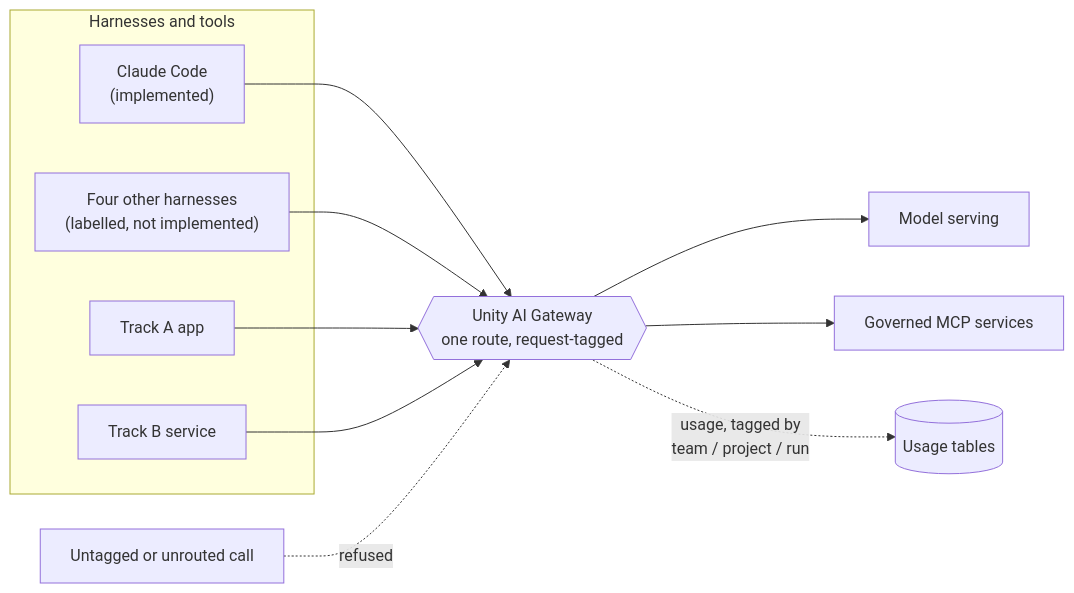
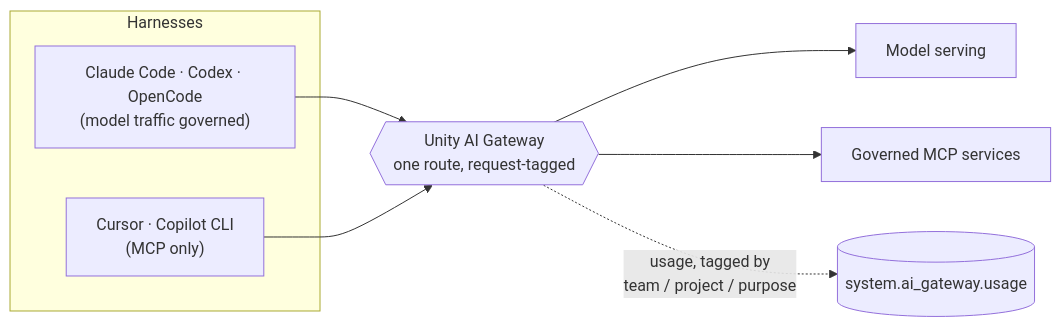
One commit to althrussell/databricks-agentic-engineering-rails changed the diagram in README.md. Above: the diagram before and after it, drawn with Mermaid. The commit also changed other lines of this file and 102 other files, not shown here.

````diff
--- a/README.md
+++ b/README.md
@@ -266,18 +118,13 @@
 ```mermaid
 flowchart LR
-  subgraph clients["Harnesses and tools"]
-    A["Claude Code<br/>(implemented)"]
-    B["Four other harnesses<br/>(labelled, not implemented)"]
-    C["Track A app"]
-    D["Track B service"]
+  subgraph clients["Harnesses"]
+    A["Claude Code · Codex · OpenCode<br/>(model traffic governed)"]
+    B["Cursor · Copilot CLI<br/>(MCP only)"]
   end
   GW{{"Unity AI Gateway<br/>one route, request-tagged"}}
   A --> GW
   B --> GW
-  C --> GW
-  D --> GW
   GW --> M["Model serving"]
   GW --> MCP["Governed MCP services"]
-  GW -.->|"usage, tagged by<br/>team / project / run"| U[("Usage tables")]
-  X["Untagged or unrouted call"] -.->|refused| GW
+  GW -.->|"usage, tagged by<br/>team / project / purpose"| U[("system.ai_gateway.usage")]
 ```
````
